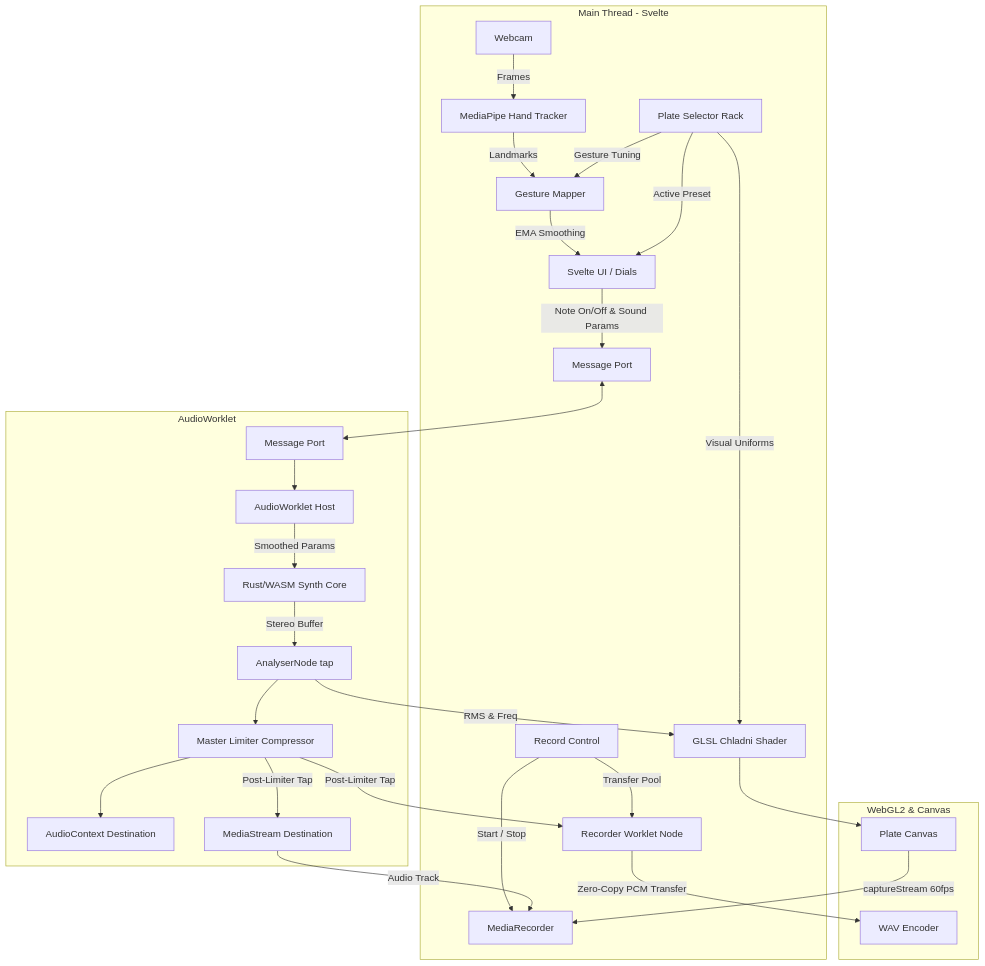
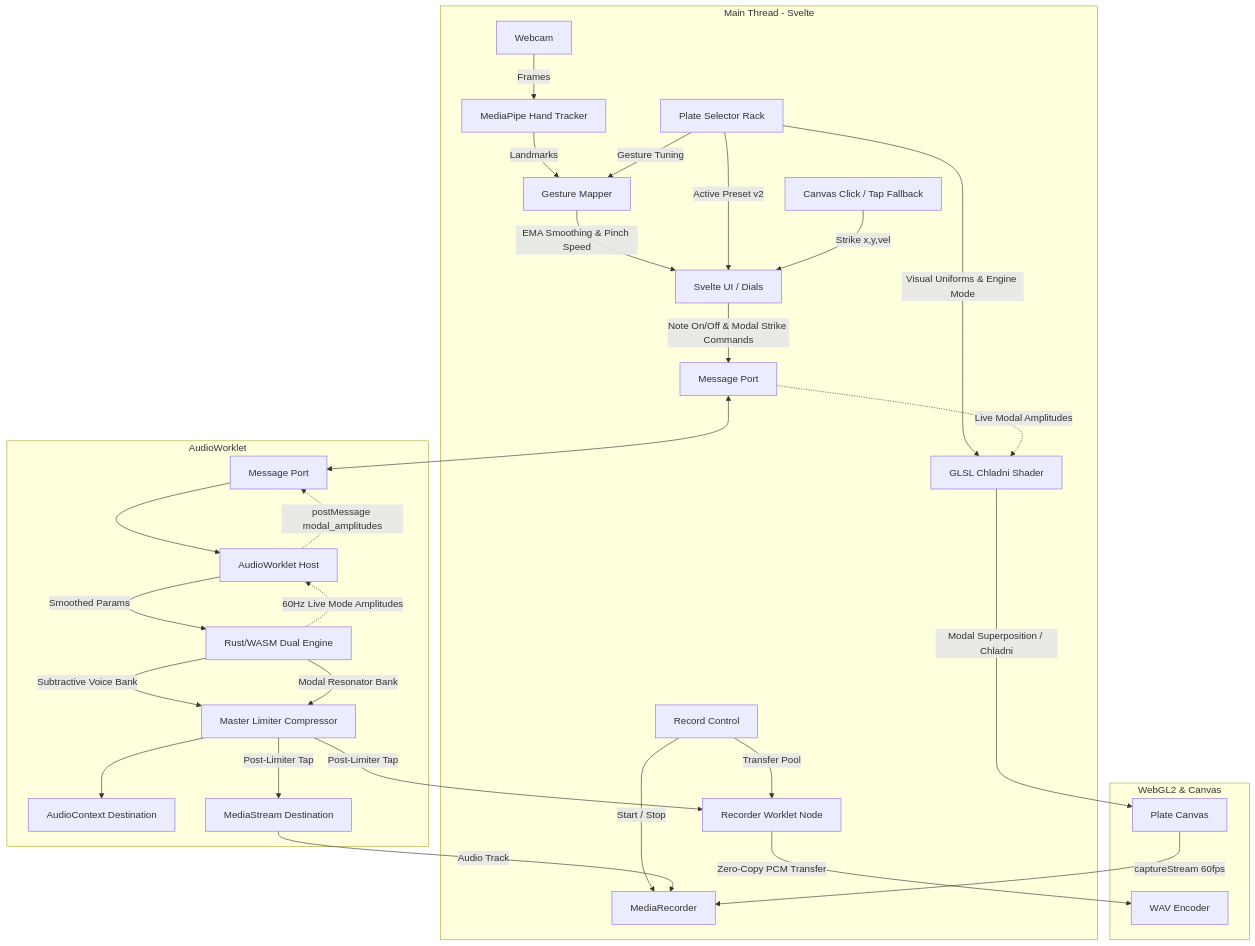
Before and after one commit to Rajiv6165/chladni: the diagram in README.md, drawn with Mermaid. The commit also changed other lines of this file and 16 other files, not shown here.

Commit message:
feat: phase 9 - modal plate physical modeling engine with live modal shader, strike gestures, schema v2 and 4 modal plates

````diff
--- a/README.md
+++ b/README.md
@@ -29,34 +30,37 @@
 ```mermaid
 graph TD
     subgraph UI Thread [Main Thread - Svelte]
         Cam[Webcam] --> |Frames| MP[MediaPipe Hand Tracker]
         MP --> |Landmarks| GM[Gesture Mapper]
-        GM --> |EMA Smoothing| UI[Svelte UI / Dials]
-        PlateRack[Plate Selector Rack] --> |Active Preset| UI
-        PlateRack --> |Visual Uniforms| Shader[GLSL Chladni Shader]
+        GM --> |EMA Smoothing & Pinch Speed| UI[Svelte UI / Dials]
+        PlateRack[Plate Selector Rack] --> |Active Preset v2| UI
+        PlateRack --> |Visual Uniforms & Engine Mode| Shader[GLSL Chladni Shader]
         PlateRack --> |Gesture Tuning| GM
-        UI --> |Note On/Off & Sound Params| MsgPort1[Message Port]
+        UI --> |Note On/Off & Modal Strike Commands| MsgPort1[Message Port]
+        ClickTap[Canvas Click / Tap Fallback] --> |Strike x,y,vel| UI
         RecCtrl[Record Control] --> |Start / Stop| MediaRec[MediaRecorder]
         RecCtrl --> |Transfer Pool| RecNode[Recorder Worklet Node]
     end
 
     subgraph Audio Thread [AudioWorklet]
         MsgPort2[Message Port] --> Host[AudioWorklet Host]
-        Host --> |Smoothed Params| Rust[Rust/WASM Synth Core]
-        Rust --> |Stereo Buffer| Analyser[AnalyserNode tap]
-        Analyser --> Limiter[Master Limiter Compressor]
+        Host --> |Smoothed Params| Rust[Rust/WASM Dual Engine]
+        Rust --> |Subtractive Voice Bank| Limiter[Master Limiter Compressor]
+        Rust --> |Modal Resonator Bank| Limiter
+        Rust -.-> |60Hz Live Mode Amplitudes| Host
+        Host -.-> |postMessage modal_amplitudes| MsgPort2
         Limiter --> AudioOut[AudioContext Destination]
         Limiter --> |Post-Limiter Tap| RecNode
         Limiter --> |Post-Limiter Tap| MediaDest[MediaStream Destination]
     end
 
     subgraph GPU & Video Pipeline [WebGL2 & Canvas]
-        Analyser --> |RMS & Freq| Shader
-        Shader --> Canvas[Plate Canvas]
+        MsgPort1 -.-> |Live Modal Amplitudes| Shader
+        Shader --> |Modal Superposition / Chladni| Canvas[Plate Canvas]
         Canvas --> |captureStream 60fps| MediaRec
         MediaDest --> |Audio Track| MediaRec
         RecNode --> |Zero-Copy PCM Transfer| WavEnc[WAV Encoder]
     end
 
     MsgPort1 <--> MsgPort2
 ```
````
